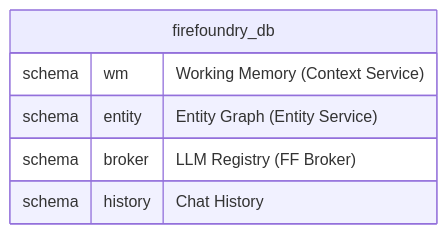
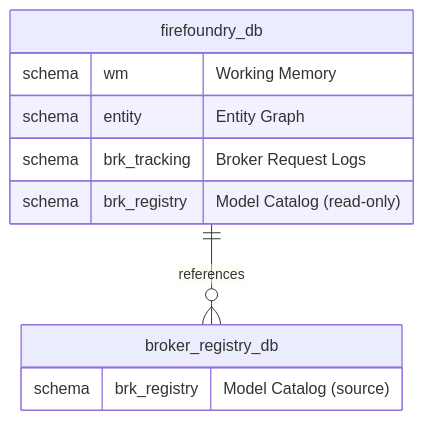
One commit to firebrandanalytics/ff-public-docs changed the diagram in docs/firefoundry/platform/self-contained/database-setup.md. Above: the diagram before and after it, drawn with Mermaid. The commit also changed other lines of this file and 5 other files, not shown here.

````diff
--- a/docs/firefoundry/platform/self-contained/database-setup.md
+++ b/docs/firefoundry/platform/self-contained/database-setup.md
@@ -9,9 +16,13 @@
 ```mermaid
 erDiagram
     firefoundry_db {
-        schema wm "Working Memory (Context Service)"
-        schema entity "Entity Graph (Entity Service)"
-        schema broker "LLM Registry (FF Broker)"
-        schema history "Chat History"
+        schema wm "Working Memory"
+        schema entity "Entity Graph"
+        schema brk_tracking "Broker Request Logs"
+        schema brk_registry "Model Catalog (read-only)"
     }
+    broker_registry_db {
+        schema brk_registry "Model Catalog (source)"
+    }
+    firefoundry_db ||--o{ broker_registry_db : "references"
 ```
````
